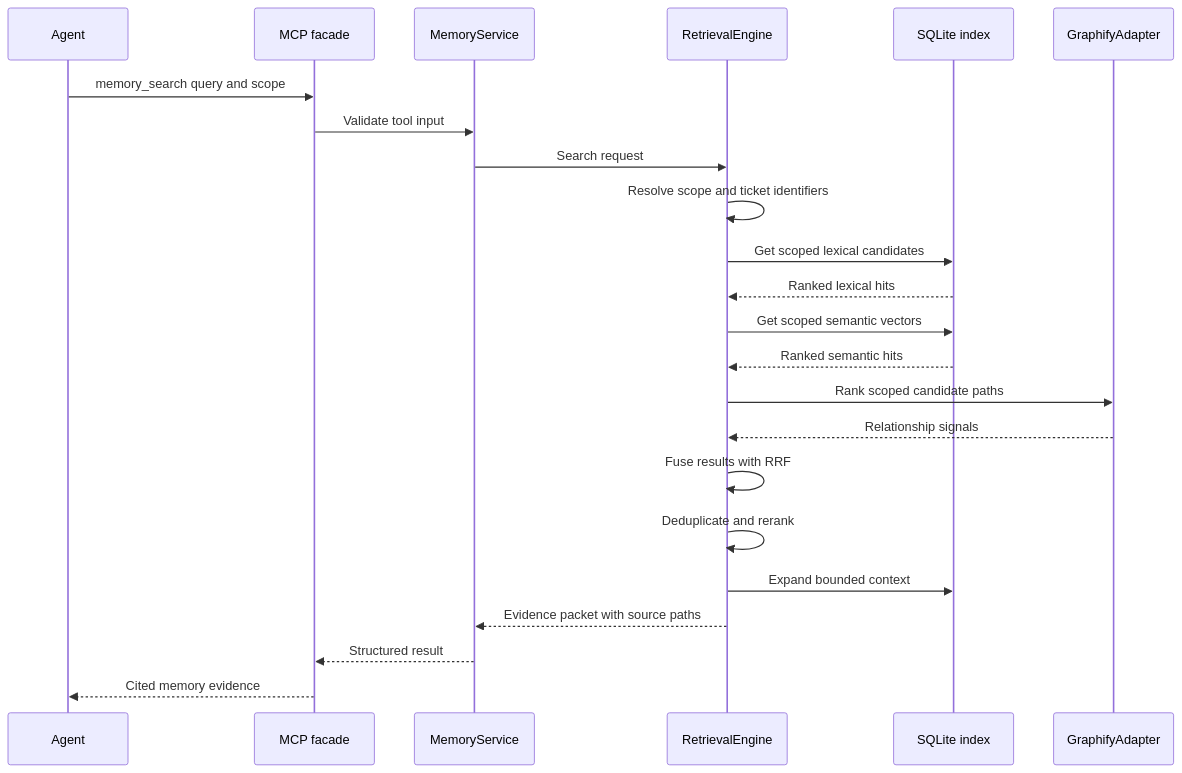
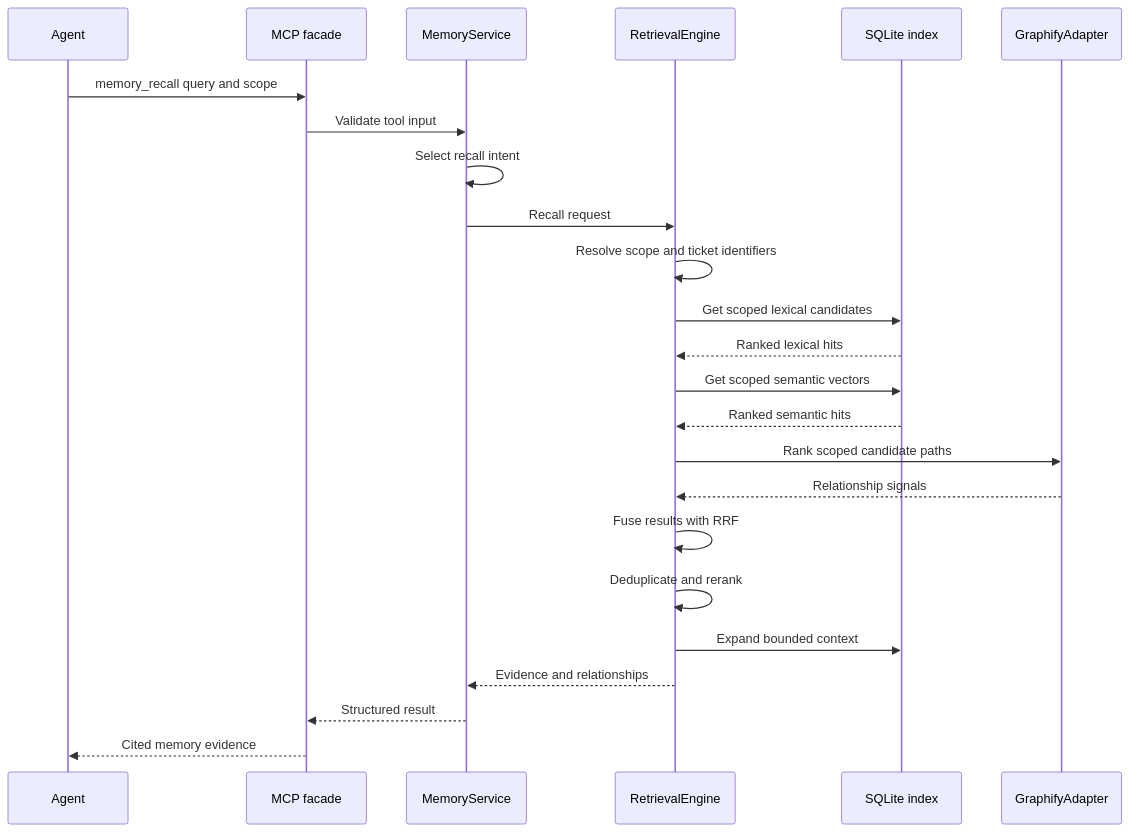
The second of 3 diagrams in README.md (moorej2400/ai-memory-mcp), drawn with Mermaid before and after one commit. The commit also changed other lines of this file and 20 other files, not shown here.

Commit message:
feat: simplify AI Memory MCP tool surface

````diff
--- a/README.md
+++ b/README.md
@@ -81,26 +82,27 @@
 ```mermaid
 sequenceDiagram
     participant Agent
     participant MCP as MCP facade
     participant Service as MemoryService
     participant Engine as RetrievalEngine
     participant SQLite as SQLite index
     participant Graphify as GraphifyAdapter
 
-    Agent->>MCP: memory_search query and scope
+    Agent->>MCP: memory_recall query and scope
     MCP->>Service: Validate tool input
-    Service->>Engine: Search request
+    Service->>Service: Select recall intent
+    Service->>Engine: Recall request
     Engine->>Engine: Resolve scope and ticket identifiers
     Engine->>SQLite: Get scoped lexical candidates
     SQLite-->>Engine: Ranked lexical hits
     Engine->>SQLite: Get scoped semantic vectors
     SQLite-->>Engine: Ranked semantic hits
     Engine->>Graphify: Rank scoped candidate paths
     Graphify-->>Engine: Relationship signals
     Engine->>Engine: Fuse results with RRF
     Engine->>Engine: Deduplicate and rerank
     Engine->>SQLite: Expand bounded context
-    Engine-->>Service: Evidence packet with source paths
+    Engine-->>Service: Evidence and relationships
     Service-->>MCP: Structured result
     MCP-->>Agent: Cited memory evidence
 ```
````
